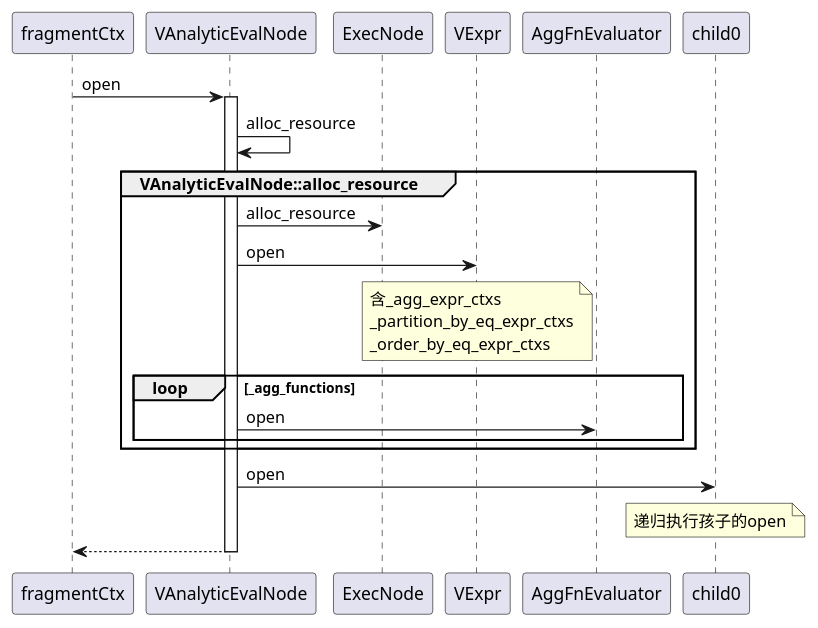
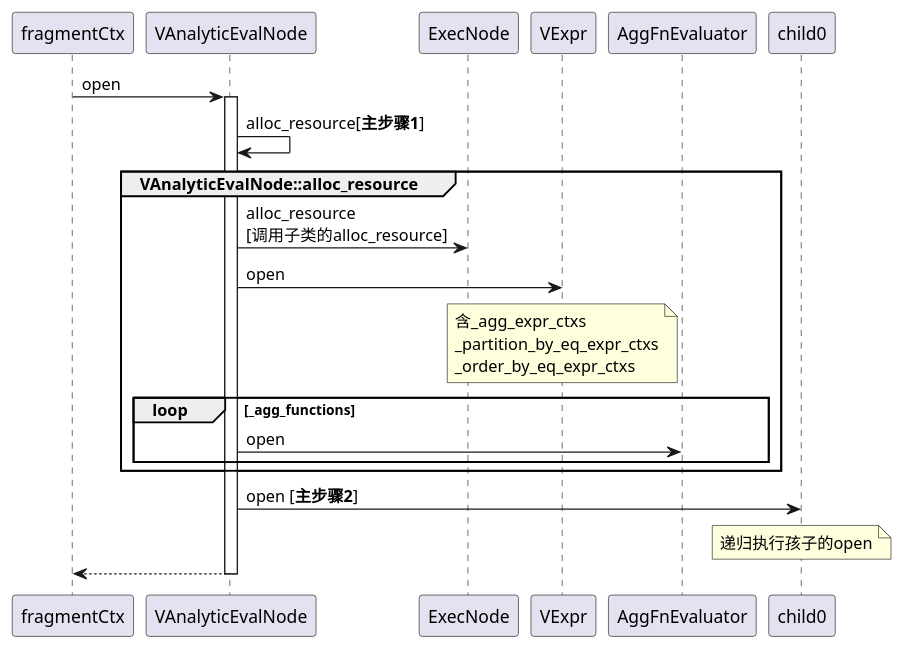
One commit to DepInjoy/geektime changed the sixth of 10 diagrams in doc/DB/Doris/SourceRead/11_04_Exec_Operator.md. Above: the diagram before and after it, drawn with PlantUML. The commit also changed other lines of this file and 2 other files, not shown here.

````diff
--- a/doc/DB/Doris/SourceRead/11_04_Exec_Operator.md
+++ b/doc/DB/Doris/SourceRead/11_04_Exec_Operator.md
@@ -207,21 +268,21 @@
 ```plantuml
 @startuml
 fragmentCtx -> VAnalyticEvalNode:open
 activate VAnalyticEvalNode
-VAnalyticEvalNode -> VAnalyticEvalNode:alloc_resource
+VAnalyticEvalNode -> VAnalyticEvalNode:alloc_resource[**主步骤1**]
 group VAnalyticEvalNode::alloc_resource
-VAnalyticEvalNode -> ExecNode:alloc_resource
+VAnalyticEvalNode -> ExecNode:alloc_resource \n[调用子类的alloc_resource]
 VAnalyticEvalNode -> VExpr:open
 note over of VExpr: 含_agg_expr_ctxs\n_partition_by_eq_expr_ctxs\n_order_by_eq_expr_ctxs
 loop _agg_functions
     VAnalyticEvalNode -> AggFnEvaluator:open
 end
 end
 
-VAnalyticEvalNode -> child0:open
+VAnalyticEvalNode -> child0:open [**主步骤2**]
 note over of child0: 递归执行孩子的open
 
 VAnalyticEvalNode --> fragmentCtx
 deactivate VAnalyticEvalNode
 @enduml
 ```
````
